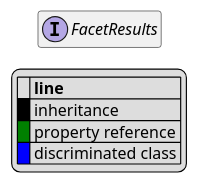
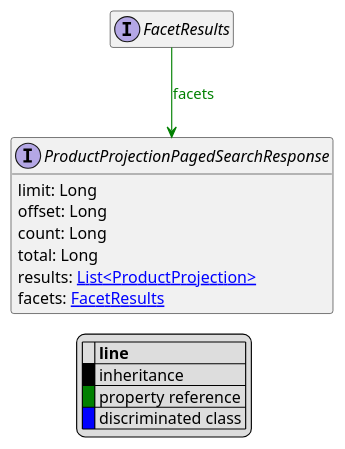
The diagram in uml/api/FacetResults.puml (commercetools/commercetools-api-reference), drawn with PlantUML before and after one commit. The commit also changed 16 other files, not shown here.

```diff
--- a/uml/api/FacetResults.puml
+++ b/uml/api/FacetResults.puml
@@ -1,19 +1,26 @@
 @startuml
 
 hide empty fields
 hide empty methods
 legend
 |= |= line |
 |<back:black>   </back>| inheritance |
 |<back:green>   </back>| property reference |
 |<back:blue>   </back>| discriminated class |
 endlegend
 interface FacetResults [[FacetResults.svg]]  {
 }
 
 
 
+interface ProductProjectionPagedSearchResponse [[ProductProjectionPagedSearchResponse.svg]]  {
+    limit: Long
+    offset: Long
+    count: Long
+    total: Long
+    results: [[ProductProjection.svg List<ProductProjection>]]
+    facets: [[FacetResults.svg FacetResults]]
+}
 
-
-
+FacetResults --> ProductProjectionPagedSearchResponse #green;text:green : "facets"
 @enduml
```
